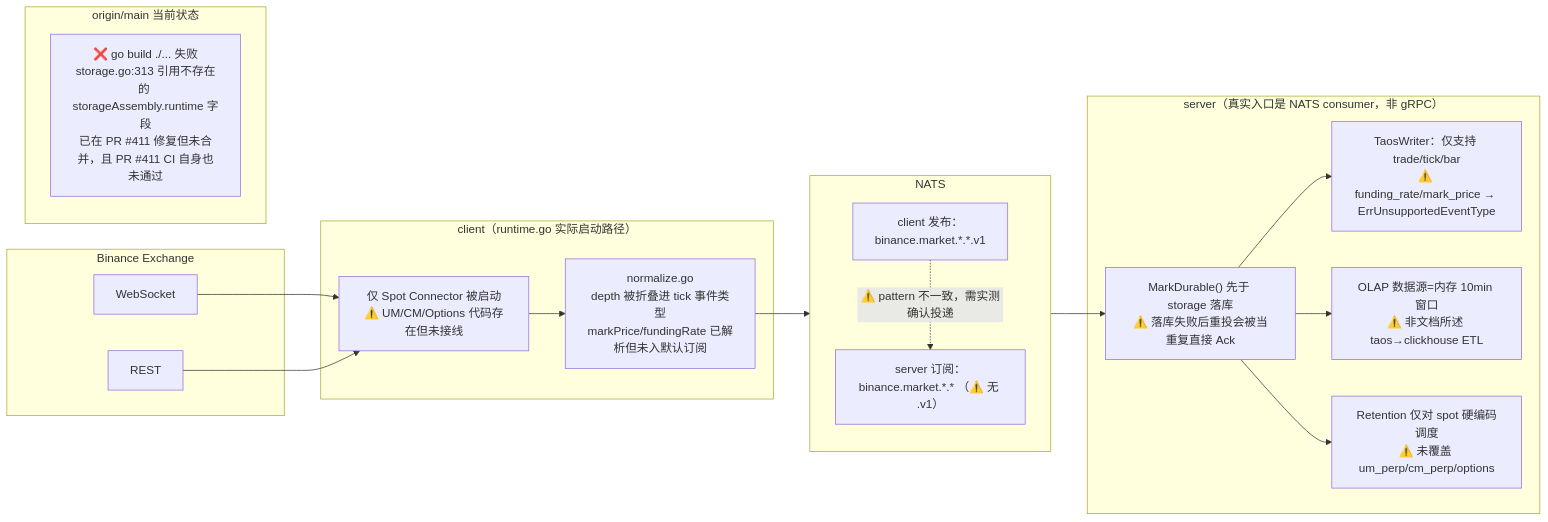
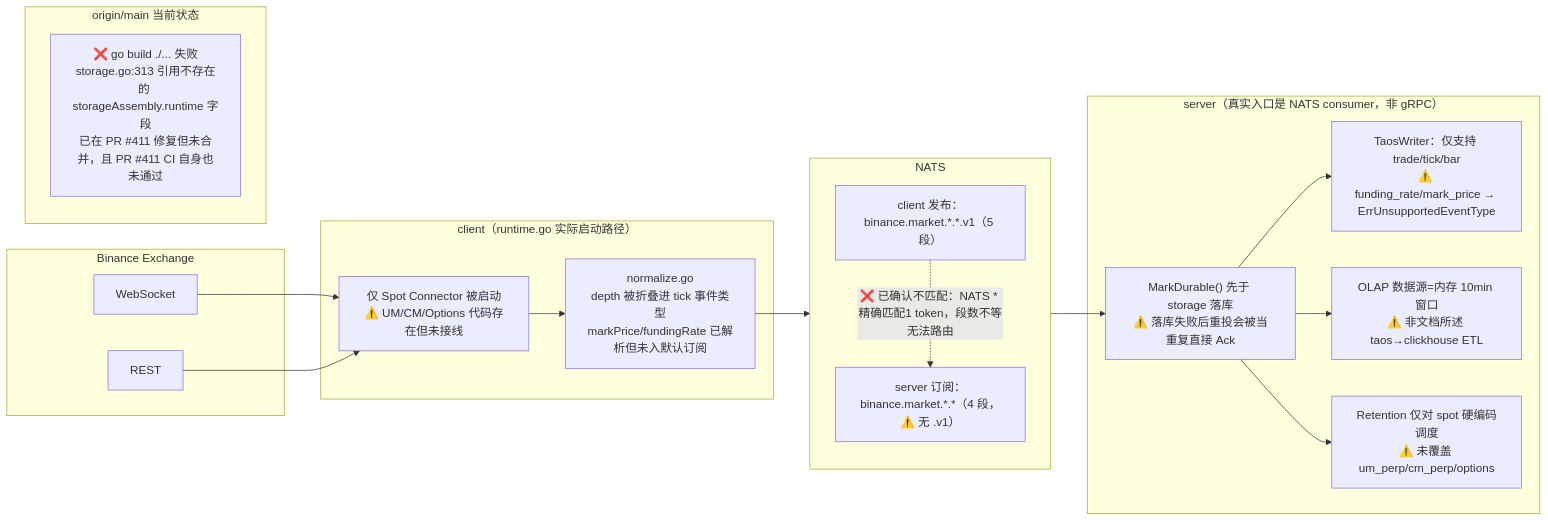
Before and after one commit to ZoneCNH/ZoneCNH: the second of 2 diagrams in report/binance/DEEP-ANALYSIS-20260704.md, drawn with Mermaid. The commit also changed other lines of this file, not shown here.

First line of the commit message:
docs(binance): 深度分析报告十轮自审修正3处实质性问题 (#1649)

````diff
--- a/report/binance/DEEP-ANALYSIS-20260704.md
+++ b/report/binance/DEEP-ANALYSIS-20260704.md
@@ -117,36 +117,36 @@
 ```mermaid
 flowchart LR
     subgraph Exchange["Binance Exchange"]
         WS[WebSocket]
         REST[REST]
     end
 
     subgraph Client["client（runtime.go 实际启动路径）"]
         SpotOnly["仅 Spot Connector 被启动<br/>⚠️ UM/CM/Options 代码存在但未接线"]
         Norm["normalize.go<br/>depth 被折叠进 tick 事件类型<br/>markPrice/fundingRate 已解析但未入默认订阅"]
     end
 
     subgraph Bus["NATS"]
         direction TB
-        PubSubj["client 发布：<br/>binance.market.*.*.v1"]
-        SubSubj["server 订阅：<br/>binance.market.*.* （⚠️ 无 .v1）"]
-        PubSubj -.->|"⚠️ pattern 不一致，需实测确认投递"| SubSubj
+        PubSubj["client 发布：<br/>binance.market.*.*.v1（5 段）"]
+        SubSubj["server 订阅：<br/>binance.market.*.*（4 段，⚠️ 无 .v1）"]
+        PubSubj -.->|"❌ 已确认不匹配：NATS * 精确匹配1 token，段数不等无法路由"| SubSubj
     end
 
     subgraph Server["server（真实入口是 NATS consumer，非 gRPC）"]
         Ack["MarkDurable() 先于 storage 落库<br/>⚠️ 落库失败后重投会被当重复直接 Ack"]
         Taos["TaosWriter：仅支持 trade/tick/bar<br/>⚠️ funding_rate/mark_price → ErrUnsupportedEventType"]
         OLAPmem["OLAP 数据源=内存 10min 窗口<br/>⚠️ 非文档所述 taos→clickhouse ETL"]
         RetentionSpot["Retention 仅对 spot 硬编码调度<br/>⚠️ 未覆盖 um_perp/cm_perp/options"]
     end
 
     subgraph BuildFail["origin/main 当前状态"]
         Compile["❌ go build ./... 失败<br/>storage.go:313 引用不存在的 storageAssembly.runtime 字段<br/>已在 PR #411 修复但未合并，且 PR #411 CI 自身也未通过"]
     end
 
     WS --> SpotOnly --> Norm --> PubSubj
     REST --> SpotOnly
     SubSubj --> Ack --> Taos
     Ack --> OLAPmem
     Ack --> RetentionSpot
 ```
````
